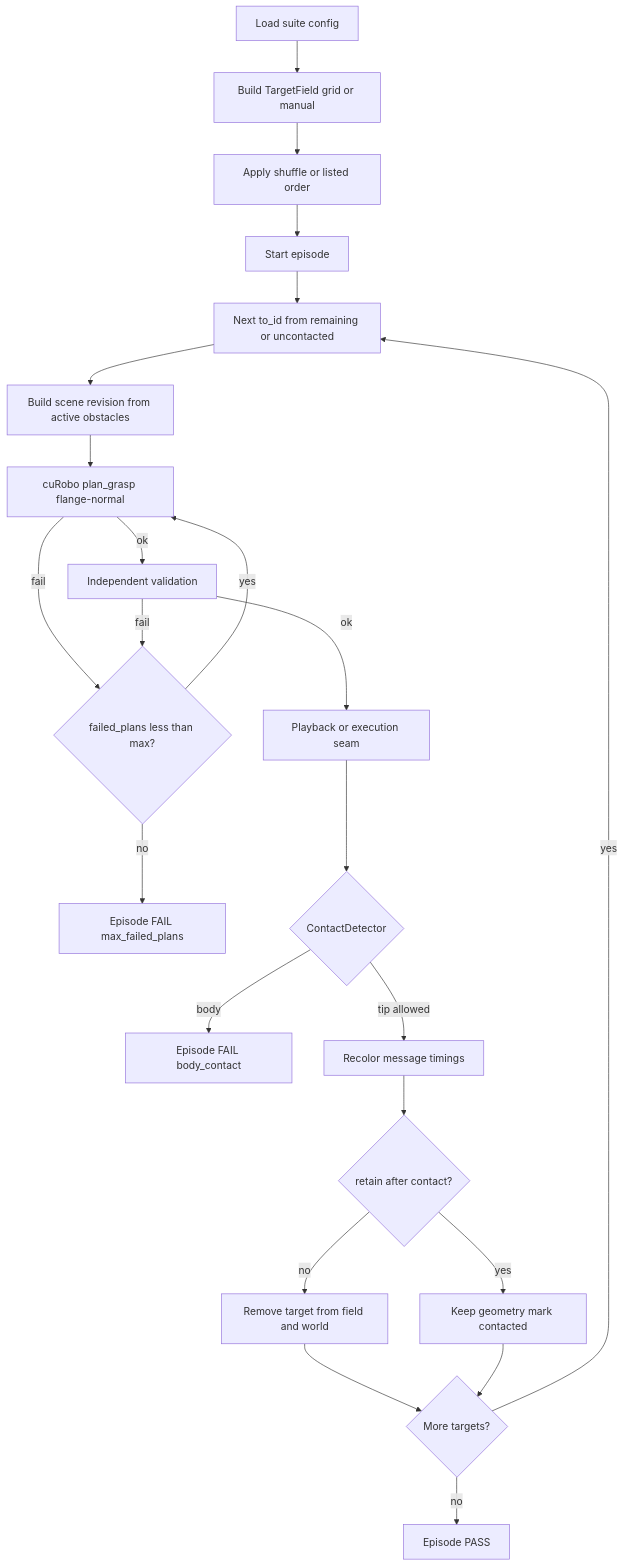
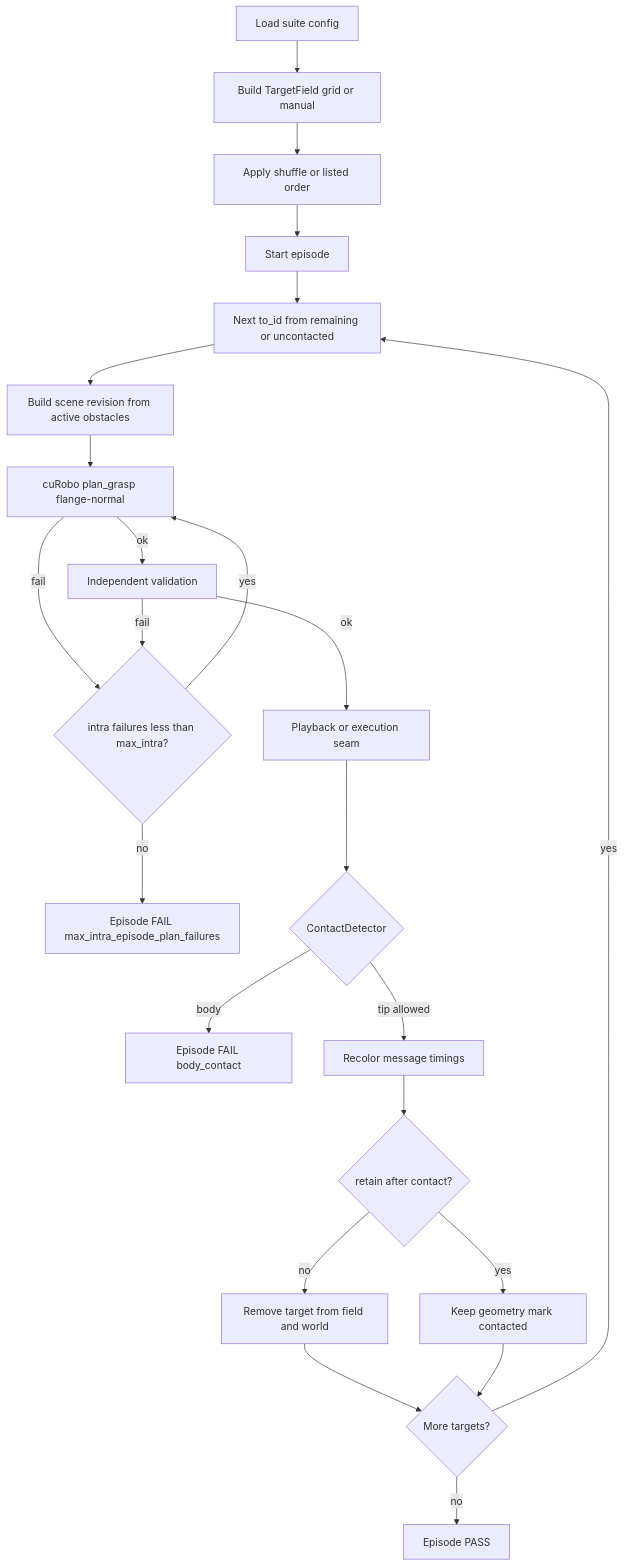
Before and after one commit to jywilson2/spark_isaac_mycobot_v3: the diagram in docs/phase7_2_multi_target_contact.md, drawn with Mermaid. The commit also changed other lines of this file and 4 other files, not shown here.

First line of the commit message:
docs: specify Phase 7.2 intra-episode plan-failure counting

````diff
--- a/docs/phase7_2_multi_target_contact.md
+++ b/docs/phase7_2_multi_target_contact.md
@@ -93,25 +110,25 @@
 ```mermaid
 flowchart TD
   cfg[Load suite config] --> field[Build TargetField grid or manual]
   field --> order[Apply shuffle or listed order]
   order --> ep[Start episode]
   ep --> leg[Next to_id from remaining or uncontacted]
   leg --> world[Build scene revision from active obstacles]
   world --> plan[cuRobo plan_grasp flange-normal]
-  plan -->|fail| retry{failed_plans less than max?}
+  plan -->|fail| retry{intra failures less than max_intra?}
   retry -->|yes| plan
-  retry -->|no| failEp[Episode FAIL max_failed_plans]
+  retry -->|no| failEp[Episode FAIL max_intra_episode_plan_failures]
   plan -->|ok| val[Independent validation]
   val -->|fail| retry
   val -->|ok| exec[Playback or execution seam]
   exec --> contact{ContactDetector}
   contact -->|body| failBody[Episode FAIL body_contact]
   contact -->|tip allowed| mark[Recolor message timings]
   mark --> retain{retain after contact?}
   retain -->|no| remove[Remove target from field and world]
   retain -->|yes| keep[Keep geometry mark contacted]
   remove --> more{More targets?}
   keep --> more
   more -->|yes| leg
   more -->|no| passEp[Episode PASS]
 ```
````
